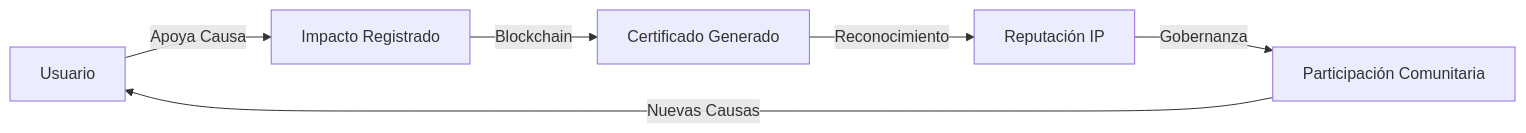
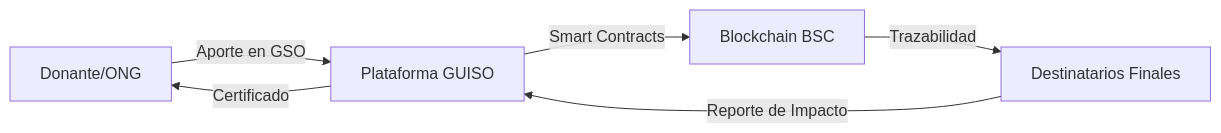
The diagram in README.md (PGustavoPere/GUiSO-Token---APP), drawn with Mermaid before and after one commit. The commit also changed other lines of this file and 2 other files, not shown here.

Commit message:
feat: Add visualisations for ecosystem flow
Introduce new diagrams to the README and documentation, visually explaining the GUISO token's transparent impact cycle. This enhances understanding of the platform's architecture and how donations translate to verifiable community impact on the Binance Smart Chain.

````diff
--- a/README.md
+++ b/README.md
@@ -30,8 +35,8 @@
 ```mermaid
 graph LR
-    A[Usuario] -->|Apoya Causa| B[Impacto Registrado]
-    B -->|Blockchain| C[Certificado Generado]
-    C -->|Reconocimiento| D[Reputación IP]
-    D -->|Gobernanza| E[Participación Comunitaria]
-    E -->|Nuevas Causas| A
+    A[Donante/ONG] -->|Aporte en GSO| B[Plataforma GUISO]
+    B -->|Smart Contracts| C[Blockchain BSC]
+    C -->|Trazabilidad| D[Destinatarios Finales]
+    D -->|Reporte de Impacto| B
+    B -->|Certificado| A
 ```
````
